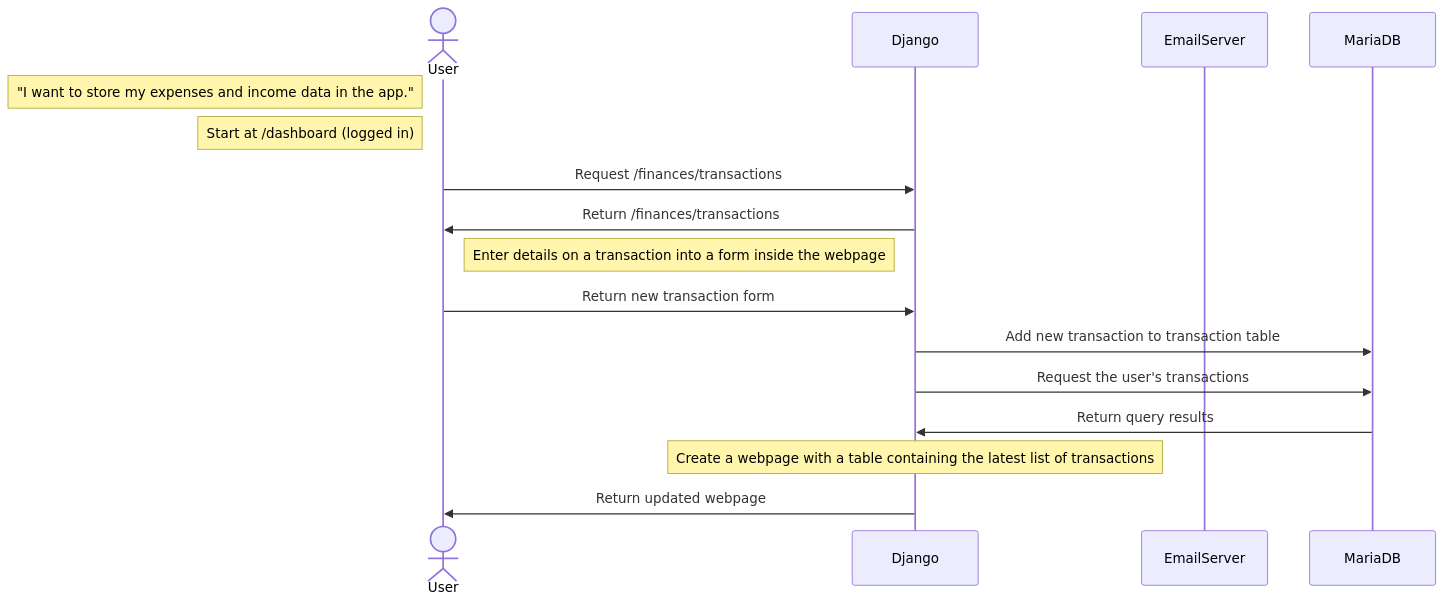
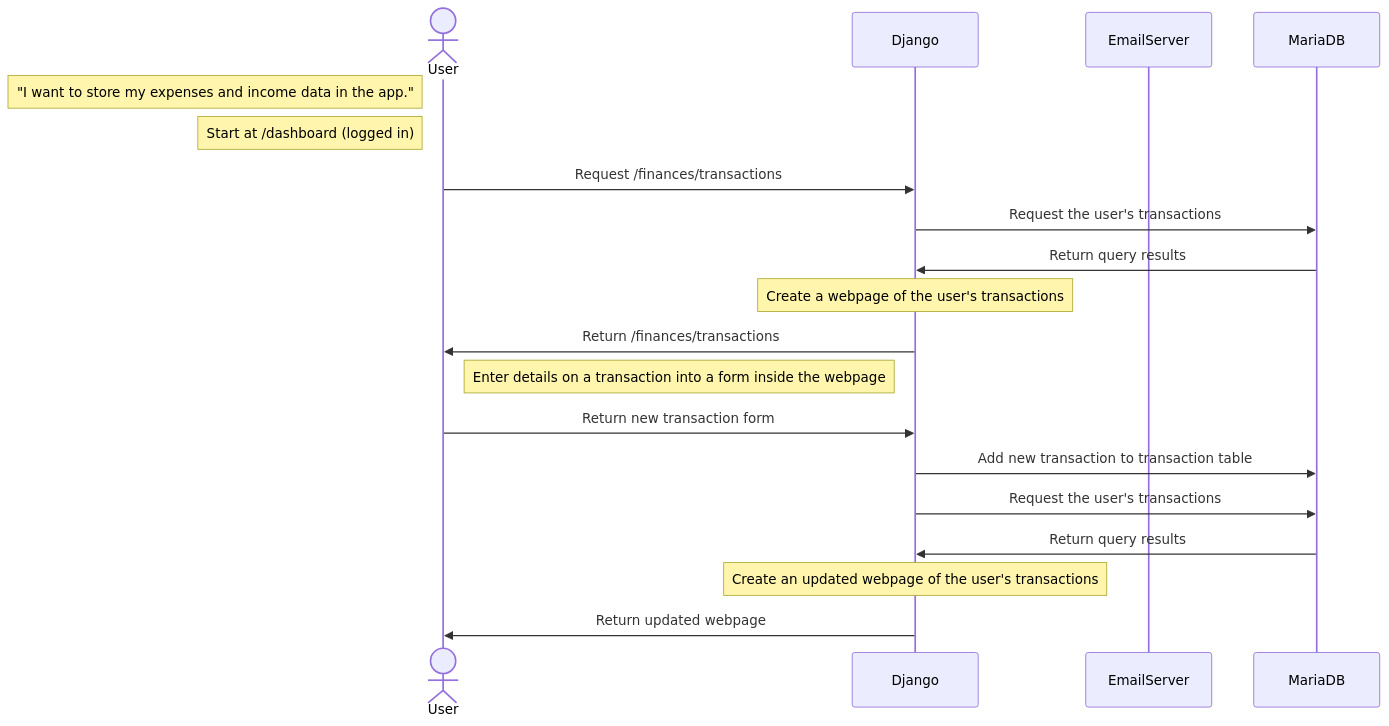
The diagram in docs/use_case_sequences/transaction_entry.mermaid (familycrest/personal-finance-tracker), drawn with Mermaid before and after one commit. The commit also changed 2 other files, not shown here.

Commit message:
add in missing django-database interactions

```diff
--- a/docs/use_case_sequences/transaction_entry.mermaid
+++ b/docs/use_case_sequences/transaction_entry.mermaid
@@ -1,22 +1,27 @@
 sequenceDiagram
     actor User
     participant Django
     participant EmailServer
     participant MariaDB
 
     Note left of User: "I want to store my expenses and income data in the app."
     Note left of User: Start at /dashboard (logged in)
     
     User->>Django: Request /finances/transactions
+    Django->>MariaDB: Request the user's transactions
+    MariaDB->>Django: Return query results
+
+    Note over Django: Create a webpage of the user's transactions
+
     Django->>User: Return /finances/transactions
 
     Note right of User: Enter details on a transaction into a form inside the webpage
     
     User->>Django: Return new transaction form
     Django->>MariaDB: Add new transaction to transaction table
     Django->>MariaDB: Request the user's transactions
     MariaDB->>Django: Return query results
     
-    Note over Django: Create a webpage with a table containing the latest list of transactions
+    Note over Django: Create an updated webpage of the user's transactions
 
     Django->>User: Return updated webpage
```
